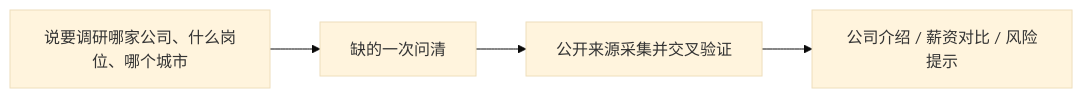
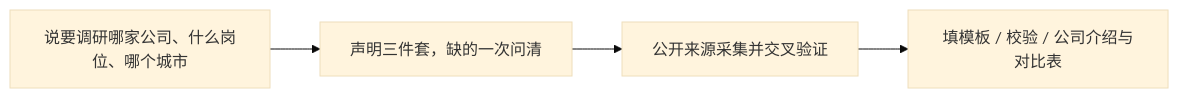
The diagram in job-research-analyst/examples/README.md (qiusuo0226/skills-manager-backup), drawn with Mermaid (base theme) before and after one commit. The commit also changed other lines of this file and 20 other files, not shown here.

````diff
--- a/job-research-analyst/examples/README.md
+++ b/job-research-analyst/examples/README.md
@@ -5,6 +7,6 @@
 ```mermaid
 flowchart LR
-    A["说要调研哪家公司、什么岗位、哪个城市"] --> B["缺的一次问清"]
+    A["说要调研哪家公司、什么岗位、哪个城市"] --> B["声明三件套，缺的一次问清"]
     B --> C["公开来源采集并交叉验证"]
-    C --> D["公司介绍 / 薪资对比 / 风险提示"]
+    C --> D["填模板 / 校验 / 公司介绍与对比表"]
 ```
````
